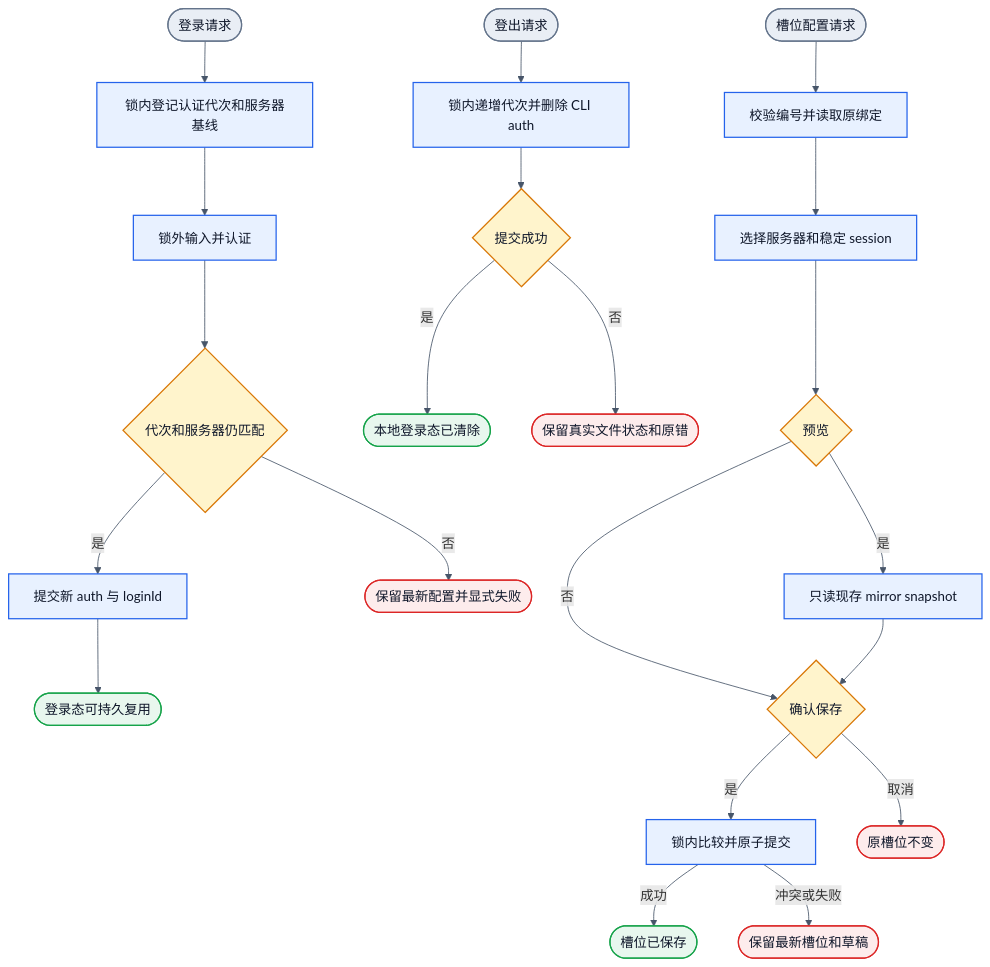
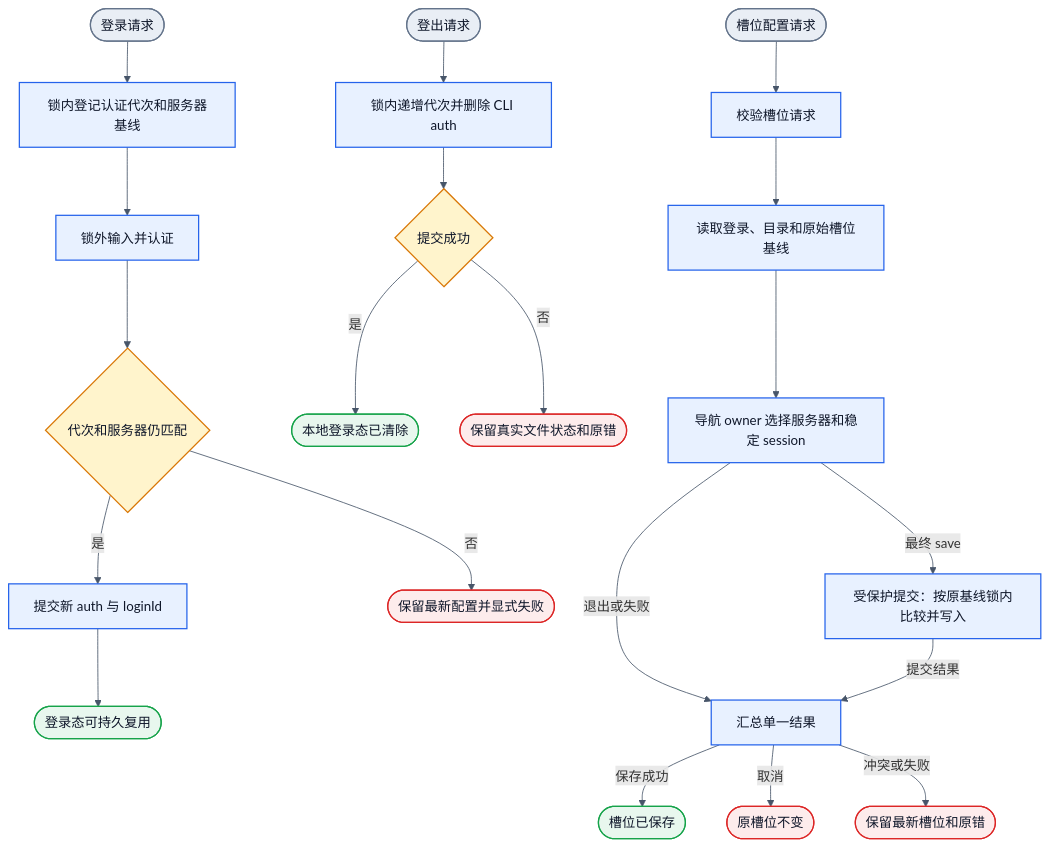
The first of 3 diagrams in android/docs/decisions/2026-10-20-remote-cli.md (Jasonzhangf/zterm), drawn with Mermaid before and after one commit. The commit also changed other lines of this file and 26 other files, not shown here.

````diff
--- a/android/docs/decisions/2026-10-20-remote-cli.md
+++ b/android/docs/decisions/2026-10-20-remote-cli.md
@@ -77,29 +84,28 @@
 ```mermaid
 flowchart TD
   A0([登录请求]):::boundary --> A1[锁内登记认证代次和服务器基线]:::action
   A1 --> A2[锁外输入并认证]:::action
   A2 --> A3{代次和服务器仍匹配}:::decision
   A3 -->|是| A4[提交新 auth 与 loginId]:::action
   A3 -->|否| AF([保留最新配置并显式失败]):::failure
   A4 --> AO([登录态可持久复用]):::success
   B0([登出请求]):::boundary --> B1[锁内递增代次并删除 CLI auth]:::action
   B1 --> B2{提交成功}:::decision
   B2 -->|是| BO([本地登录态已清除]):::success
   B2 -->|否| BF([保留真实文件状态和原错]):::failure
-  C0([槽位配置请求]):::boundary --> C1[校验编号并读取原绑定]:::action
-  C1 --> C2[选择服务器和稳定 session]:::action
-  C2 --> C3{预览}:::decision
-  C3 -->|是| C4[只读现存 mirror snapshot]:::action
-  C3 -->|否| C5{确认保存}:::decision
-  C4 --> C5
-  C5 -->|是| C6[锁内比较并原子提交]:::action
+  C0([槽位配置请求]):::boundary --> C1[校验槽位请求]:::action
+  C1 --> C2[读取登录、目录和原始槽位基线]:::action
+  C2 --> C3[导航 owner 选择服务器和稳定 session]:::action
+  C3 -->|最终 save| C4[受保护提交：按原基线锁内比较并写入]:::action
+  C3 -->|退出或失败| C5[汇总单一结果]:::action
+  C4 -->|提交结果| C5
+  C5 -->|保存成功| CO([槽位已保存]):::success
   C5 -->|取消| CC([原槽位不变]):::failure
-  C6 -->|成功| CO([槽位已保存]):::success
-  C6 -->|冲突或失败| CF([保留最新槽位和草稿]):::failure
+  C5 -->|冲突或失败| CF([保留最新槽位和原错]):::failure
   classDef boundary fill:#E9EEF5,stroke:#64748B,color:#0F172A,stroke-width:1.5px
   classDef action fill:#E8F1FF,stroke:#2563EB,color:#0F172A,stroke-width:1.5px
   classDef decision fill:#FFF4CC,stroke:#D97706,color:#0F172A,stroke-width:1.5px
   classDef success fill:#E8F7EE,stroke:#16A34A,color:#0F172A,stroke-width:1.5px
   classDef failure fill:#FDECEC,stroke:#DC2626,color:#0F172A,stroke-width:1.5px
   linkStyle default stroke:#475569
 ```
````
